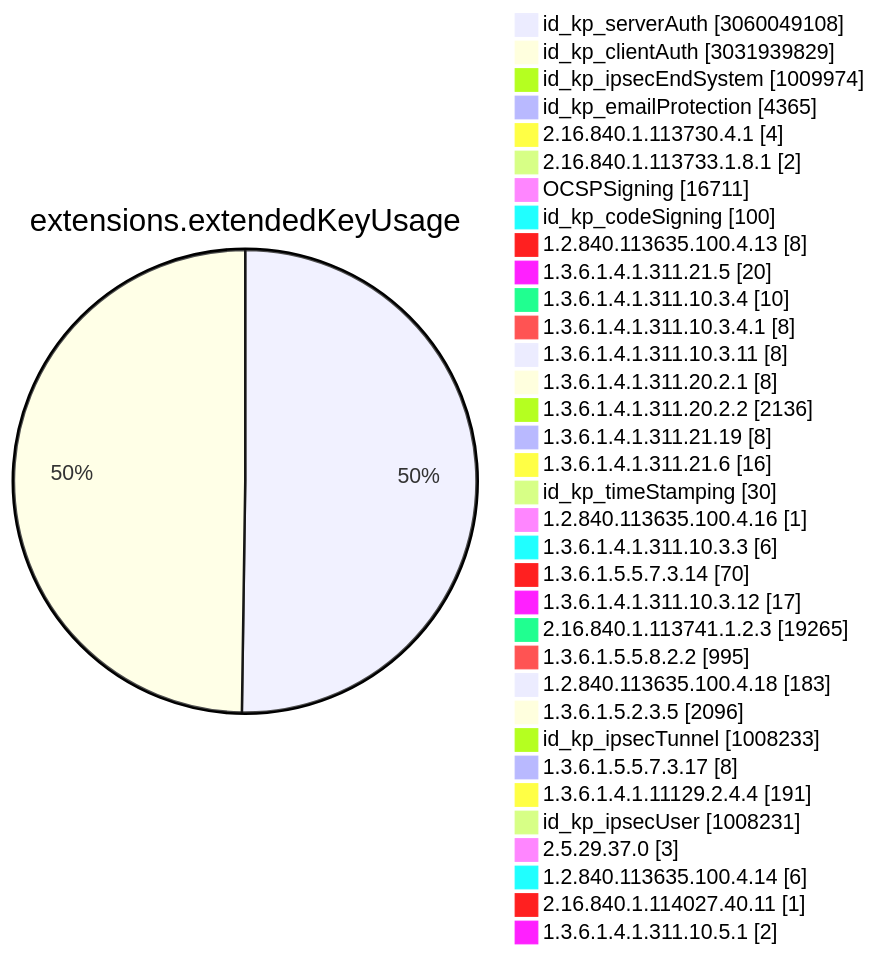
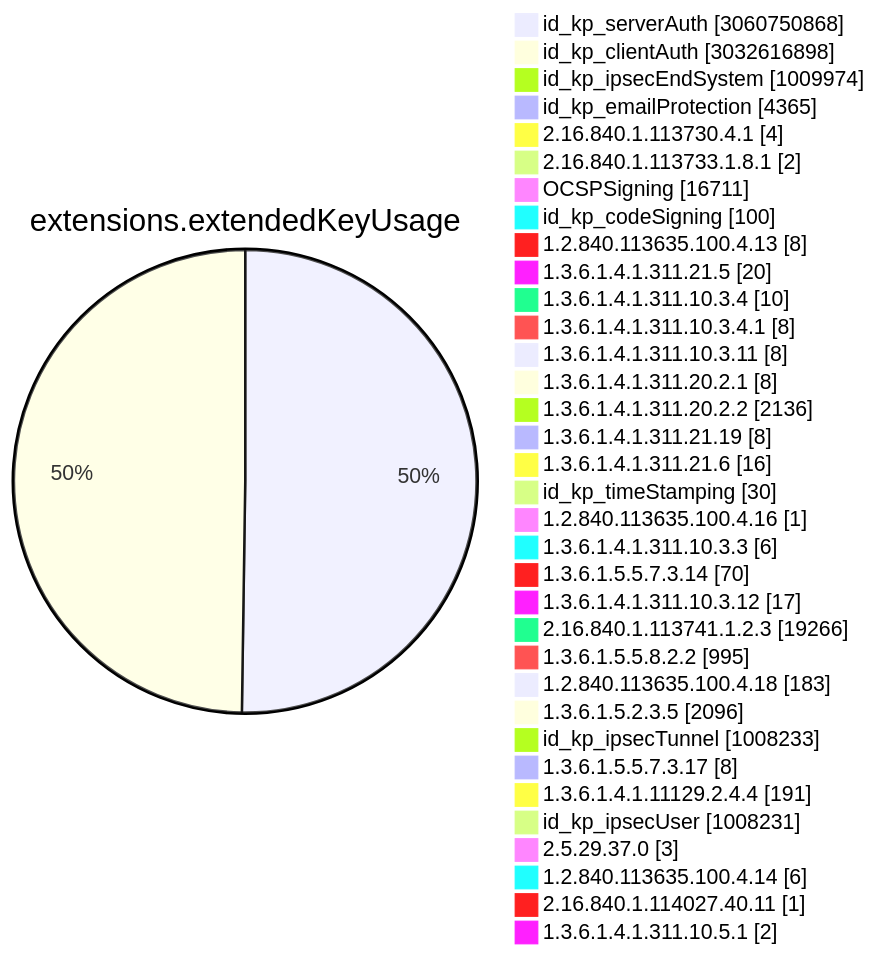
Diagram 11 of 15 in TOTAL/README.md (christiankrug/ctmonitor_visualization), drawn with Mermaid before and after one commit. The commit also changed other lines of this file, not shown here.

````diff
--- a/TOTAL/README.md
+++ b/TOTAL/README.md
@@ -4117,38 +4117,38 @@
 ```mermaid
 pie showData
 title extensions.extendedKeyUsage
-"id_kp_serverAuth" :3060049108
-"id_kp_clientAuth" :3031939829
+"id_kp_serverAuth" :3060750868
+"id_kp_clientAuth" :3032616898
 "id_kp_ipsecEndSystem" :1009974
 "id_kp_emailProtection" :4365
 "2.16.840.1.113730.4.1" :4
 "2.16.840.1.113733.1.8.1" :2
 "OCSPSigning" :16711
 "id_kp_codeSigning" :100
 "1.2.840.113635.100.4.13" :8
 "1.3.6.1.4.1.311.21.5" :20
 "1.3.6.1.4.1.311.10.3.4" :10
 "1.3.6.1.4.1.311.10.3.4.1" :8
 "1.3.6.1.4.1.311.10.3.11" :8
 "1.3.6.1.4.1.311.20.2.1" :8
 "1.3.6.1.4.1.311.20.2.2" :2136
 "1.3.6.1.4.1.311.21.19" :8
 "1.3.6.1.4.1.311.21.6" :16
 "id_kp_timeStamping" :30
 "1.2.840.113635.100.4.16" :1
 "1.3.6.1.4.1.311.10.3.3" :6
 "1.3.6.1.5.5.7.3.14" :70
 "1.3.6.1.4.1.311.10.3.12" :17
-"2.16.840.1.113741.1.2.3" :19265
+"2.16.840.1.113741.1.2.3" :19266
 "1.3.6.1.5.5.8.2.2" :995
 "1.2.840.113635.100.4.18" :183
 "1.3.6.1.5.2.3.5" :2096
 "id_kp_ipsecTunnel" :1008233
 "1.3.6.1.5.5.7.3.17" :8
 "1.3.6.1.4.1.11129.2.4.4" :191
 "id_kp_ipsecUser" :1008231
 "2.5.29.37.0" :3
 "1.2.840.113635.100.4.14" :6
 "2.16.840.1.114027.40.11" :1
 "1.3.6.1.4.1.311.10.5.1" :2
 ```
````
